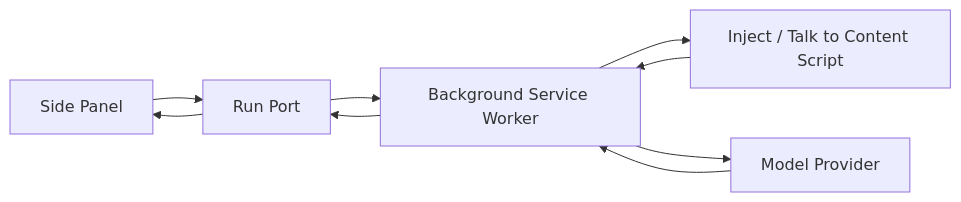
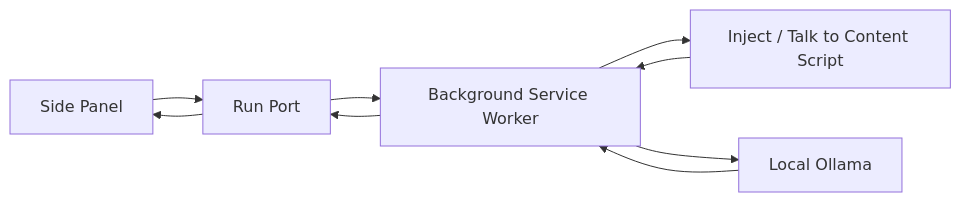
Before and after one commit to howdymary/fast-browser: the diagram in README.md, drawn with Mermaid. The commit also changed other lines of this file and 2 other files, not shown here.

Commit message:
Polish Ollama-only extension flow

````diff
--- a/README.md
+++ b/README.md
@@ -45,11 +45,11 @@
 ```mermaid
 flowchart LR
     A["Side Panel"] --> B["Run Port"]
     B --> C["Background Service Worker"]
     C --> D["Inject / Talk to Content Script"]
     D --> C
-    C --> E["Model Provider"]
+    C --> E["Local Ollama"]
     E --> C
     C --> B
     B --> A
 ```
````
